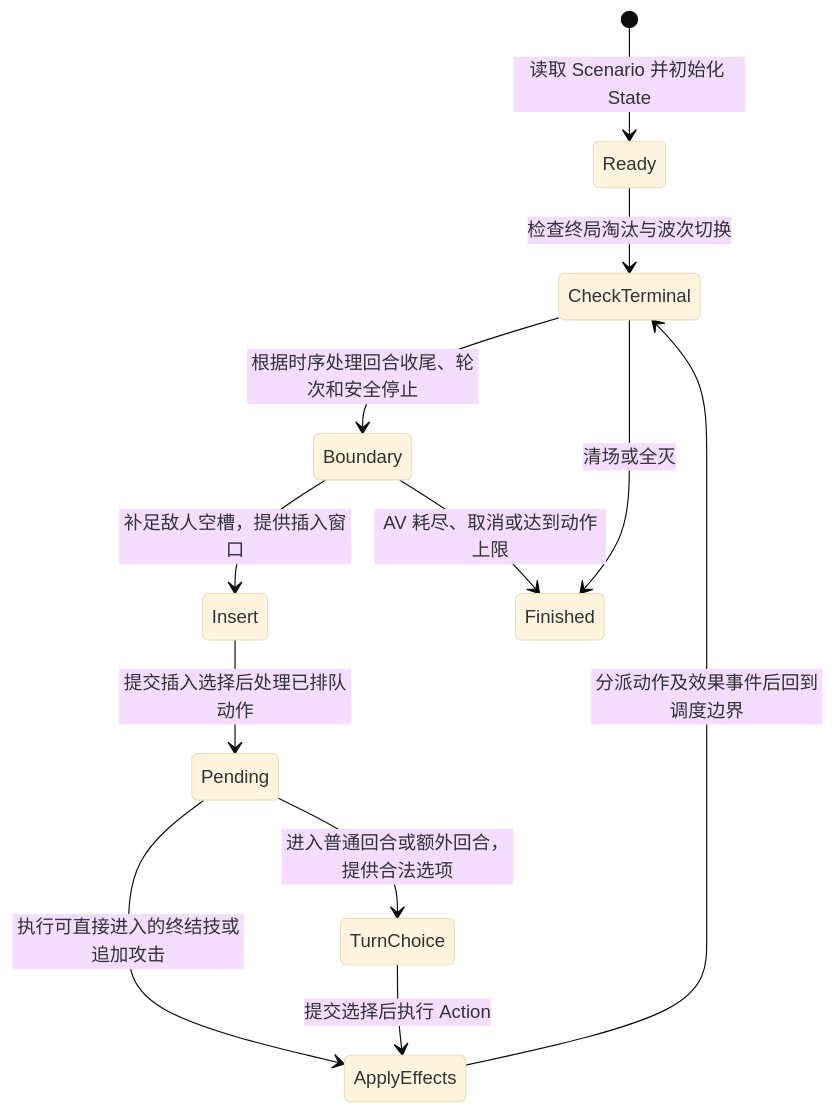
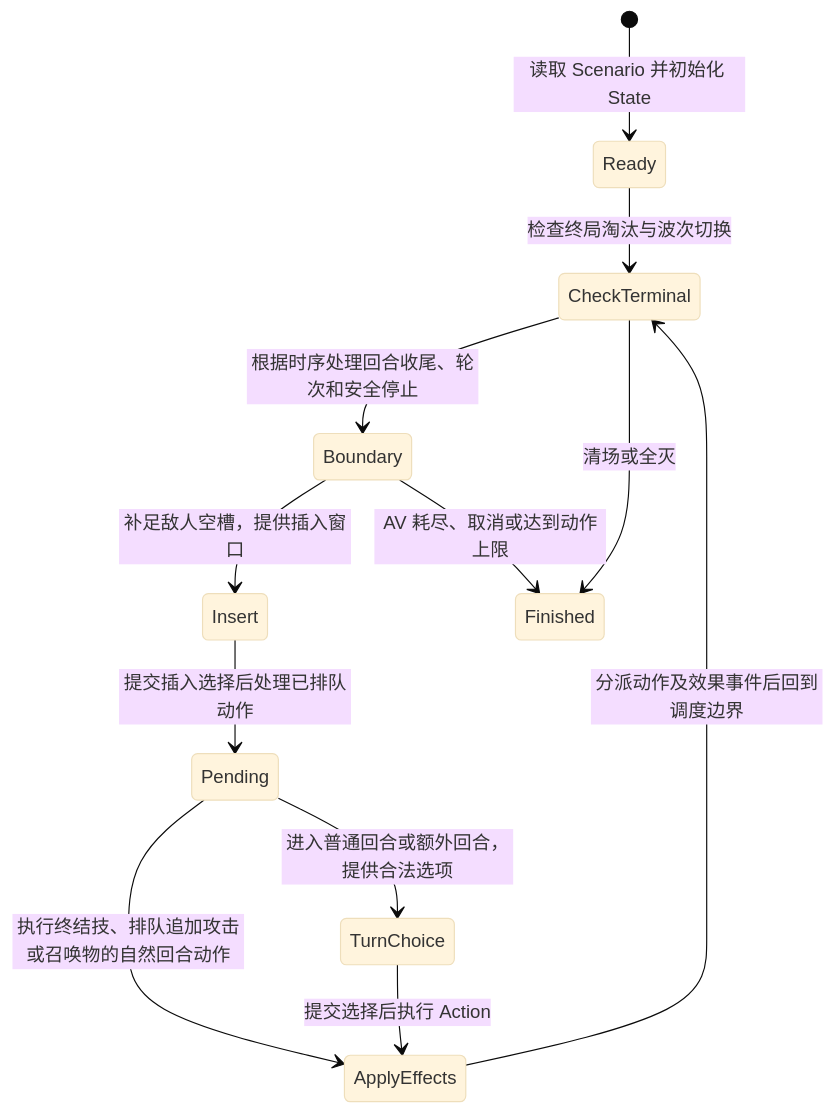
Before and after one commit to Sakura-Ex/Hyacimicon: the second of 3 diagrams in docs/modules/battle-simulation/design.md, drawn with Mermaid (base theme). The commit also changed other lines of this file and 15 other files, not shown here.

````diff
--- a/docs/modules/battle-simulation/design.md
+++ b/docs/modules/battle-simulation/design.md
@@ -83,14 +83,14 @@
 ```mermaid
 stateDiagram-v2
     [*] --> Ready: 读取 Scenario 并初始化 State
     Ready --> CheckTerminal: 检查终局淘汰与波次切换
     CheckTerminal --> Boundary: 根据时序处理回合收尾、轮次和安全停止
     Boundary --> Insert: 补足敌人空槽，提供插入窗口
     Insert --> Pending: 提交插入选择后处理已排队动作
-    Pending --> ApplyEffects: 执行可直接进入的终结技或追加攻击
+    Pending --> ApplyEffects: 执行终结技、排队追加攻击或召唤物的自然回合动作
     Pending --> TurnChoice: 进入普通回合或额外回合，提供合法选项
     TurnChoice --> ApplyEffects: 提交选择后执行 Action
     ApplyEffects --> CheckTerminal: 分派动作及效果事件后回到调度边界
     CheckTerminal --> Finished: 清场或全灭
     Boundary --> Finished: AV 耗尽、取消或达到动作上限
 ```
````
